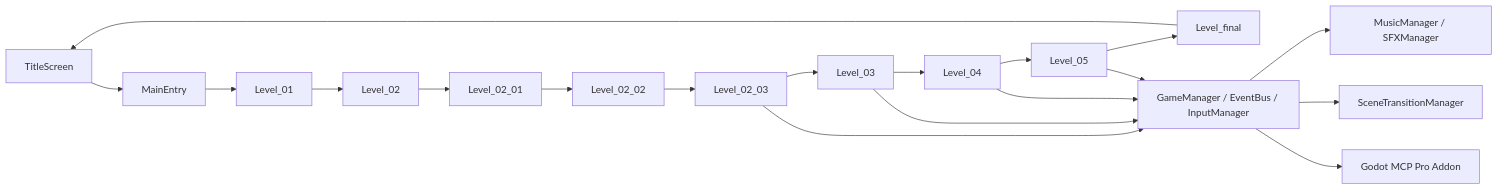
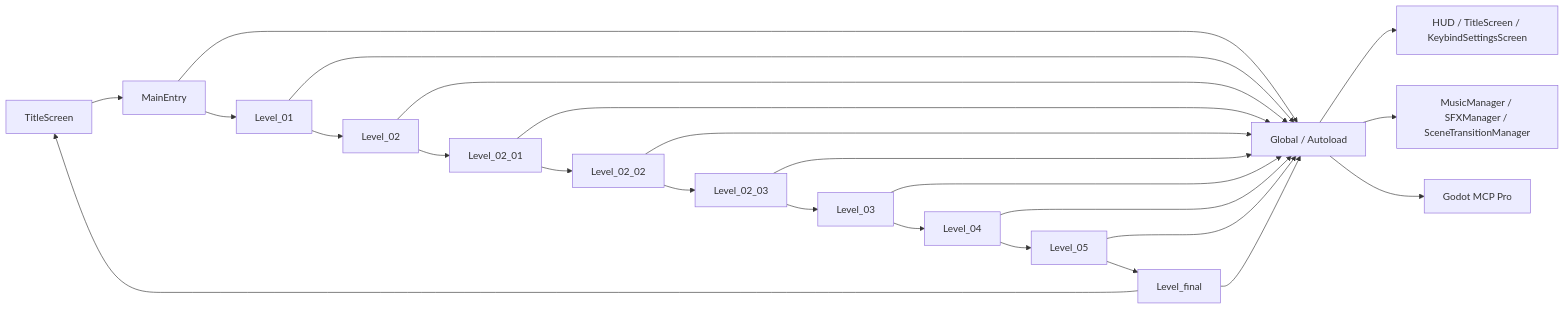
One commit to szshs/copyWorms changed the second of 2 diagrams in TECHNICAL_ARCHITECTURE_REPORT.md. Above: the diagram before and after it, drawn with Mermaid. The commit also changed other lines of this file and 14 other files, not shown here.

````diff
--- a/TECHNICAL_ARCHITECTURE_REPORT.md
+++ b/TECHNICAL_ARCHITECTURE_REPORT.md
@@ -26,23 +80,29 @@
 ```mermaid
 flowchart LR
     A[TitleScreen] --> B[MainEntry]
     B --> C[Level_01]
     C --> D[Level_02]
     D --> E[Level_02_01]
     E --> F[Level_02_02]
     F --> G[Level_02_03]
     G --> H[Level_03]
     H --> I[Level_04]
     I --> J[Level_05]
     J --> K[Level_final]
     K --> A
 
-    G --> GM[GameManager / EventBus / InputManager]
+    B --> GM[Global / Autoload]
+    C --> GM
+    D --> GM
+    E --> GM
+    F --> GM
+    G --> GM
     H --> GM
     I --> GM
     J --> GM
+    K --> GM
 
-    GM --> AU[MusicManager / SFXManager]
-    GM --> ST[SceneTransitionManager]
-    GM --> MCP[Godot MCP Pro Addon]
+    GM --> UI[HUD / TitleScreen / KeybindSettingsScreen]
+    GM --> SYS[MusicManager / SFXManager / SceneTransitionManager]
+    GM --> DEV[Godot MCP Pro]
 ```
````
